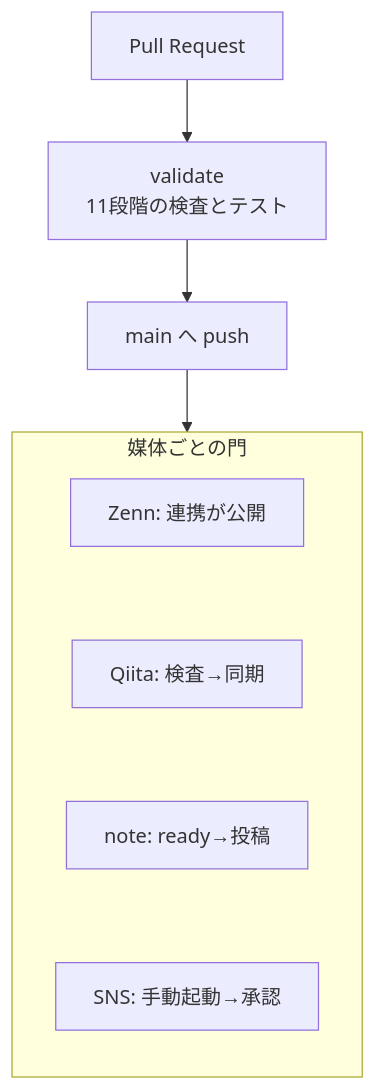
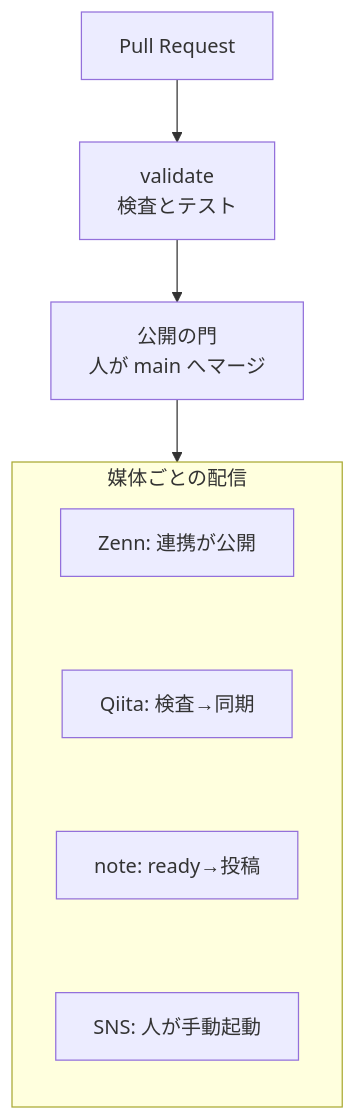
The second of 2 diagrams in articles/multi-platform-publishing-architecture.md (Takenori-Kusaka/publishing-hub), drawn with Mermaid before and after one commit. The commit also changed other lines of this file and 44 other files, not shown here.

````diff
--- a/articles/multi-platform-publishing-architecture.md
+++ b/articles/multi-platform-publishing-architecture.md
@@ -307,12 +311,12 @@
 ```mermaid
 flowchart TD
-    PR["Pull Request"] --> V["validate<br/>11段階の検査とテスト"]
-    V --> M["main へ push"]
+    PR["Pull Request"] --> V["validate<br/>検査とテスト"]
+    V --> M["公開の門<br/>人が main へマージ"]
     M --> G
-    subgraph G["媒体ごとの門"]
+    subgraph G["媒体ごとの配信"]
         direction TB
         ZD["Zenn: 連携が公開"] ~~~ QG["Qiita: 検査→同期"]
         QG ~~~ NG["note: ready→投稿"]
-        NG ~~~ SD["SNS: 手動起動→承認"]
+        NG ~~~ SD["SNS: 人が手動起動"]
     end
 ```
````
